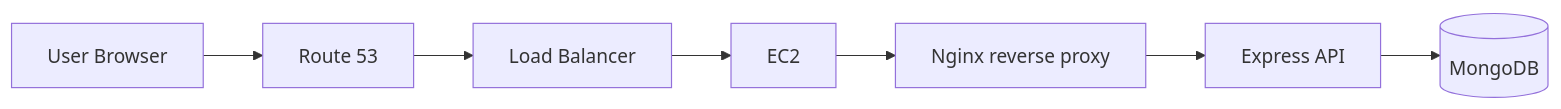
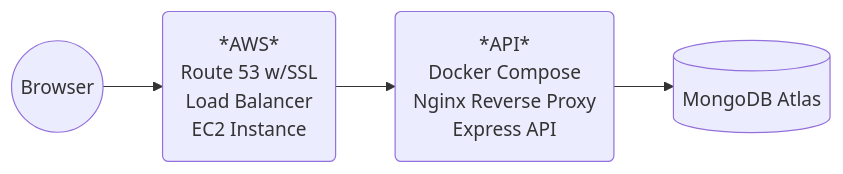
The diagram in README.md (tdkent/ggiemh-backend), drawn with Mermaid before and after one commit. The commit also changed other lines of this file, not shown here.

````diff
--- a/README.md
+++ b/README.md
@@ -63,17 +59,18 @@
 ```mermaid
 flowchart LR
-    User[User Browser]
-    DNS[Route 53]
-    ALB[Load Balancer]
-    EC2[EC2]
-    NGINX[Nginx reverse proxy]
-    API[Express API]
-    DB[(MongoDB)]
+    User((Browser))
+    AWS(*AWS*
+    Route 53 w/SSL
+    Load Balancer
+    EC2 Instance)
+    API(*API*
+    Docker Compose
+    Nginx Reverse Proxy
+    Express API
+    )
+    DB[(MongoDB Atlas)]
 
-    User --> DNS
-    DNS --> ALB
-    ALB --> EC2
-    EC2 --> NGINX
-    NGINX --> API
+    User --> AWS
+    AWS --> API
     API --> DB
 ```
````
